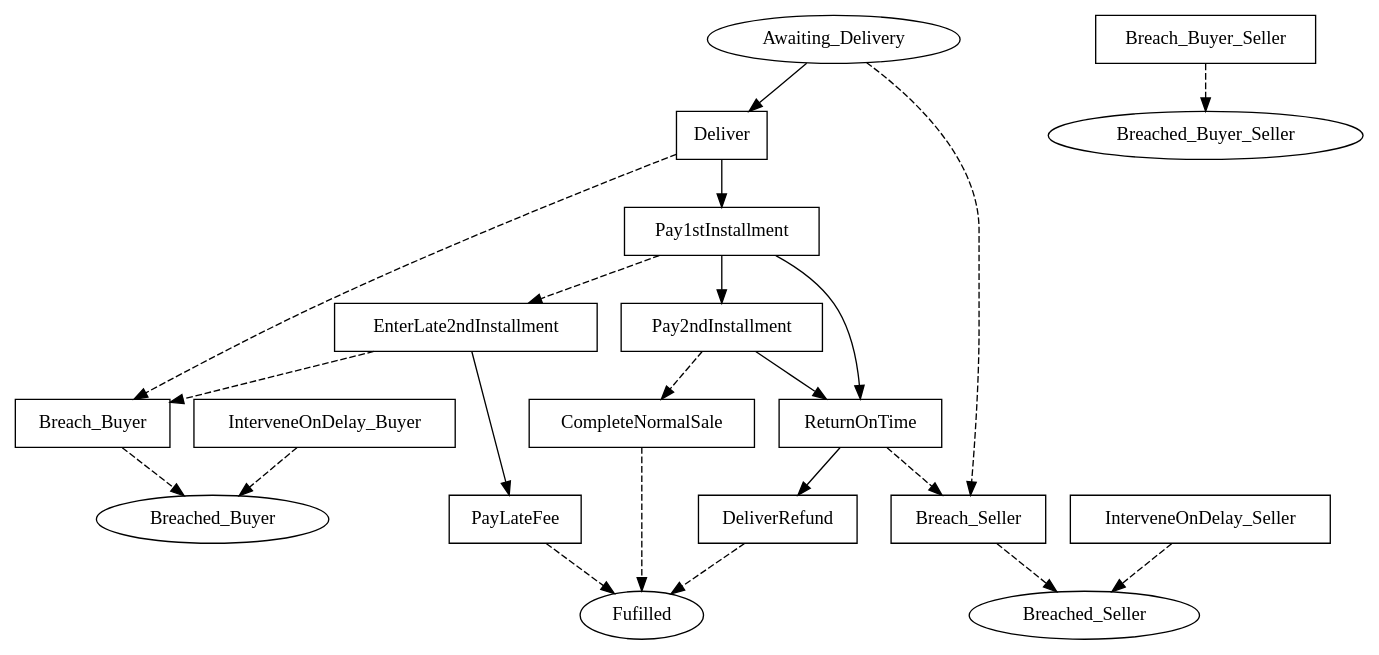
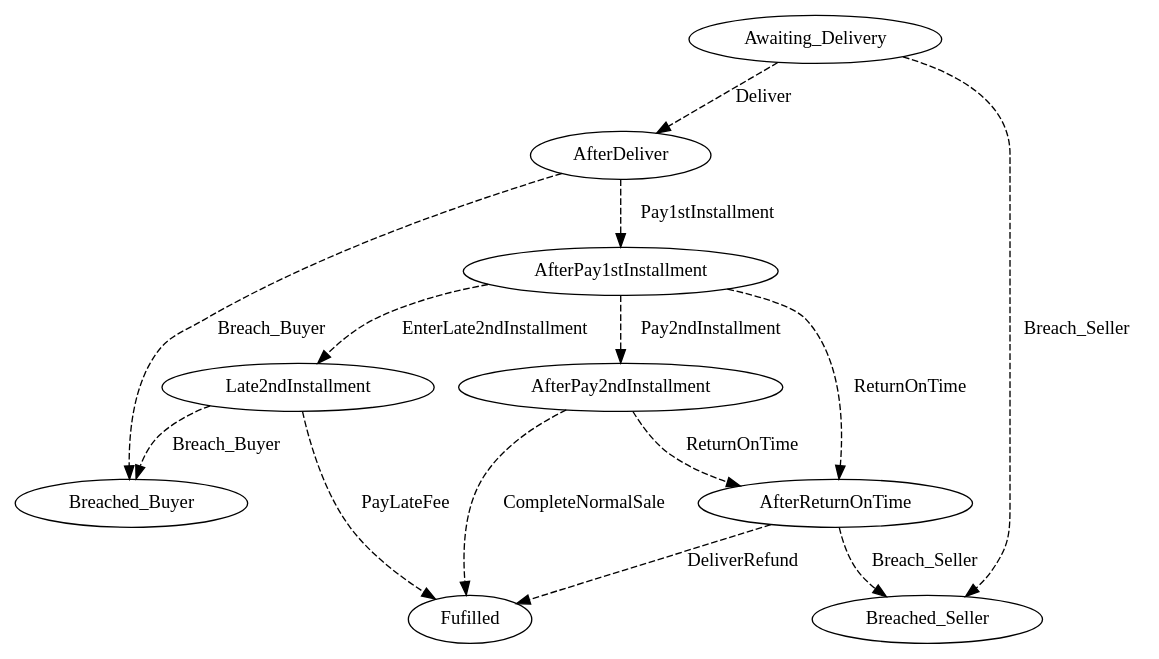
The diagram in linear_state_machine_language/pyL4/examples/out_graphviz/from_academic_lit/hvitved_printer.dot (Marcao02/complaw-deeptech), drawn with Graphviz before and after one commit. The commit also changed 46 other files, not shown here.

Commit message:
better flowcharts, full goodenough/flood example

```diff
--- a/linear_state_machine_language/pyL4/examples/out_graphviz/from_academic_lit/hvitved_printer.dot
+++ b/linear_state_machine_language/pyL4/examples/out_graphviz/from_academic_lit/hvitved_printer.dot
@@ -1,52 +1,29 @@
 // THIS IS A GENERATED FILE. DO NOT EDIT.
 
 digraph Two_part_sale_Hvitved_Laser_Printer {    
     Fulfilled[label=Fufilled];
-    Awaiting_Delivery[label=Awaiting_Delivery];
-	Breached_Seller[label=Breached_Seller];
-	Breached_Buyer[label=Breached_Buyer];
-	Breached_Buyer_Seller[label=Breached_Buyer_Seller]
+    Awaiting_Delivery[label=Awaiting_Delivery]
+        
     
-     
-    Deliver[label=Deliver,shape=box];
-	Pay1stInstallment[label=Pay1stInstallment,shape=box];
-	EnterLate2ndInstallment[label=EnterLate2ndInstallment,shape=box];
-	Pay2ndInstallment[label=Pay2ndInstallment,shape=box];
-	ReturnOnTime[label=ReturnOnTime,shape=box];
-	PayLateFee[label=PayLateFee,shape=box];
-	CompleteNormalSale[label=CompleteNormalSale,shape=box];
-	DeliverRefund[label=DeliverRefund,shape=box];
-	Breach_Seller[label=Breach_Seller,shape=box];
-	Breach_Buyer[label=Breach_Buyer,shape=box];
-	Breach_Buyer_Seller[label=Breach_Buyer_Seller,shape=box];
-	InterveneOnDelay_Buyer[label=InterveneOnDelay_Buyer,shape=box];
-	InterveneOnDelay_Seller[label=InterveneOnDelay_Seller,shape=box]    
+         
     
     
     
-    Awaiting_Delivery -> Deliver;
-	Awaiting_Delivery -> Breach_Seller [style=dashed];
-	Deliver -> Pay1stInstallment;
-	Deliver -> Breach_Buyer [style=dashed];
-	Pay1stInstallment -> Pay2ndInstallment;
-	Pay1stInstallment -> ReturnOnTime;
-	Pay1stInstallment -> EnterLate2ndInstallment [style=dashed];
-	EnterLate2ndInstallment -> PayLateFee;
-	EnterLate2ndInstallment -> Breach_Buyer [style=dashed];
-	Pay2ndInstallment -> ReturnOnTime;
-	Pay2ndInstallment -> CompleteNormalSale [style=dashed];
-	ReturnOnTime -> DeliverRefund;
-	ReturnOnTime -> Breach_Seller [style=dashed]
     
-    PayLateFee -> Fulfilled [style=dashed];
-	CompleteNormalSale -> Fulfilled [style=dashed];
-	DeliverRefund -> Fulfilled [style=dashed];
-	Breach_Seller -> Breached_Seller [style=dashed];
-	Breach_Buyer -> Breached_Buyer [style=dashed];
-	Breach_Buyer_Seller -> Breached_Buyer_Seller [style=dashed];
-	InterveneOnDelay_Buyer -> Breached_Buyer [style=dashed];
-	InterveneOnDelay_Seller -> Breached_Seller [style=dashed];
+    Awaiting_Delivery -> AfterDeliver [style=dashed,label=Deliver];
+	Awaiting_Delivery -> Breached_Seller [style=dashed,label=Breach_Seller];
+	AfterDeliver -> AfterPay1stInstallment [style=dashed,label=Pay1stInstallment];
+	AfterDeliver -> Breached_Buyer [style=dashed,label=Breach_Buyer];
+	AfterPay1stInstallment -> AfterPay2ndInstallment [style=dashed,label=Pay2ndInstallment];
+	AfterPay1stInstallment -> AfterReturnOnTime [style=dashed,label=ReturnOnTime];
+	AfterPay1stInstallment -> Late2ndInstallment [style=dashed,label=EnterLate2ndInstallment];
+	Late2ndInstallment -> Fulfilled [style=dashed,label=PayLateFee];
+	Late2ndInstallment -> Breached_Buyer [style=dashed,label=Breach_Buyer];
+	AfterPay2ndInstallment -> AfterReturnOnTime [style=dashed,label=ReturnOnTime];
+	AfterPay2ndInstallment -> Fulfilled [style=dashed,label=CompleteNormalSale];
+	AfterReturnOnTime -> Fulfilled [style=dashed,label=DeliverRefund];
+	AfterReturnOnTime -> Breached_Seller [style=dashed,label=Breach_Seller];
 	     
     
        
 }
```
